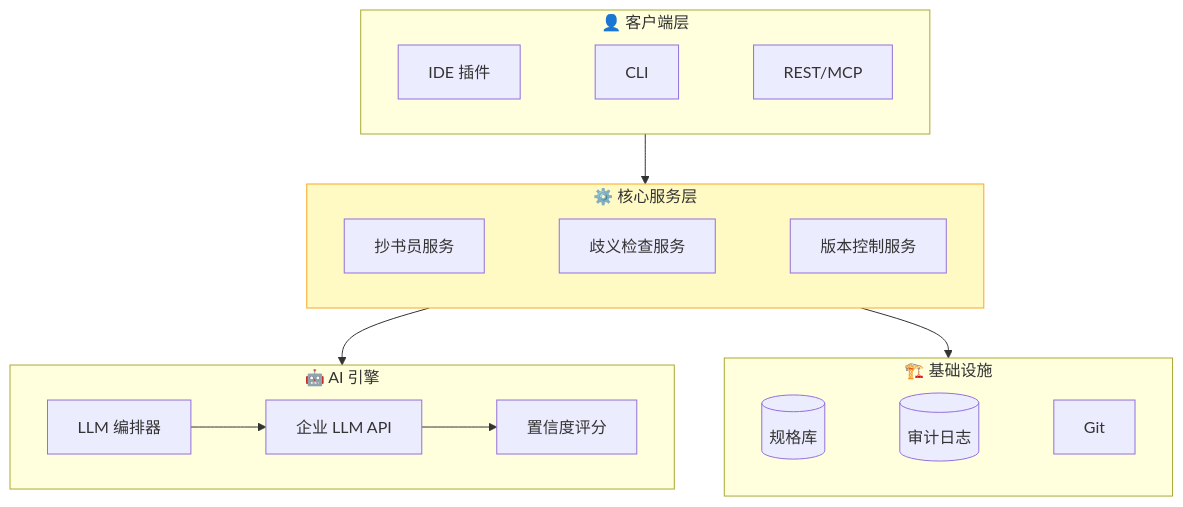
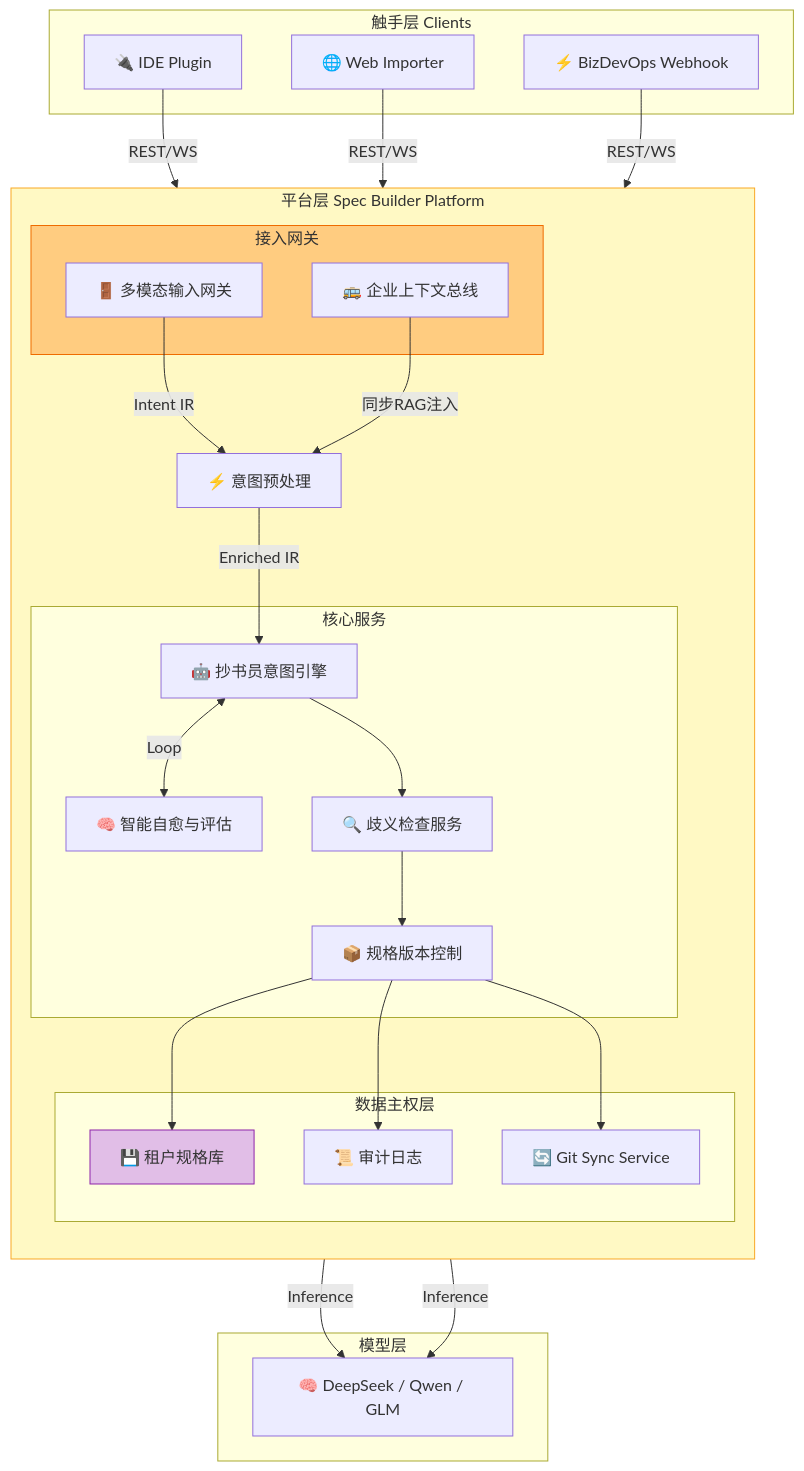
Before and after one commit to hrygo/SparkForge: the fourth of 4 diagrams in docs/PRD_Spec_Builder.md, drawn with Mermaid. The commit also changed other lines of this file and 4 other files, not shown here.

````diff
--- a/docs/PRD_Spec_Builder.md
+++ b/docs/PRD_Spec_Builder.md
@@ -310,31 +478,48 @@
 ```mermaid
 flowchart TB
-    subgraph L1["👤 客户端层"]
-        direction LR
-        C1[IDE 插件] ~~~ C2[CLI] ~~~ C3[REST/MCP]
+    subgraph ClientLayer [触手层 Clients]
+        C1[🔌 IDE Plugin]
+        C2[🌐 Web Importer]
+        C3[⚡ BizDevOps Webhook]
     end
 
-    subgraph L2["⚙️ 核心服务层"]
-        direction LR
-        S1[抄书员服务] ~~~ S2[歧义检查服务] ~~~ S3[版本控制服务]
+    subgraph PlatformLayer [平台层 Spec Builder Platform]
+        direction TB
+
+        subgraph Gateway [接入网关]
+            G1[🚪 多模态输入网关]
+            G2[🚌 企业上下文总线]
+        end
+
+        subgraph Core [核心服务]
+            S1[🤖 抄书员意图引擎]
+            S4[🧠 智能自愈与评估]
+            S2[🔍 歧义检查服务]
+            S3[📦 规格版本控制]
+        end
+
+        subgraph Data [数据主权层]
+            D1[💾 租户规格库]
+            D2[📜 审计日志]
+            D3[🔄 Git Sync Service]
+        end
+
+        G1 -->|Intent IR| PRE[⚡ 意图预处理]
+        PRE -->|Enriched IR| S1
+        G2 -->|同步RAG注入| PRE
+        S1 <-->|Loop| S4
+        S1 --> S2 --> S3
+        S3 --> D1 & D2 & D3
     end
 
-    subgraph L3["🤖 AI 引擎"]
-        A1[LLM 编排器]
-        A2[企业 LLM API]
-        A3[置信度评分]
-        A1 --> A2
-        A2 --> A3
+    subgraph AILayer [模型层]
+        LLM[🧠 DeepSeek / Qwen / GLM]
     end
 
-    subgraph L4["🏗️ 基础设施"]
-        direction LR
-        D1[(规格库)] ~~~ D2[(审计日志)] ~~~ D3[Git]
-    end
+    C1 & C2 & C3 -->|REST/WS| G1
+    S1 & S4 -->|Inference| LLM
 
-    L1 --> L2
-    L2 --> L3
-    L2 --> L4
-
-    style L2 fill:#FFF9C4,stroke:#F9A825
+    style PlatformLayer fill:#FFF9C4,stroke:#F9A825
+    style Gateway fill:#FFCC80,stroke:#EF6C00
+    style D1 fill:#E1BEE7,stroke:#8E24AA
 ```
````
